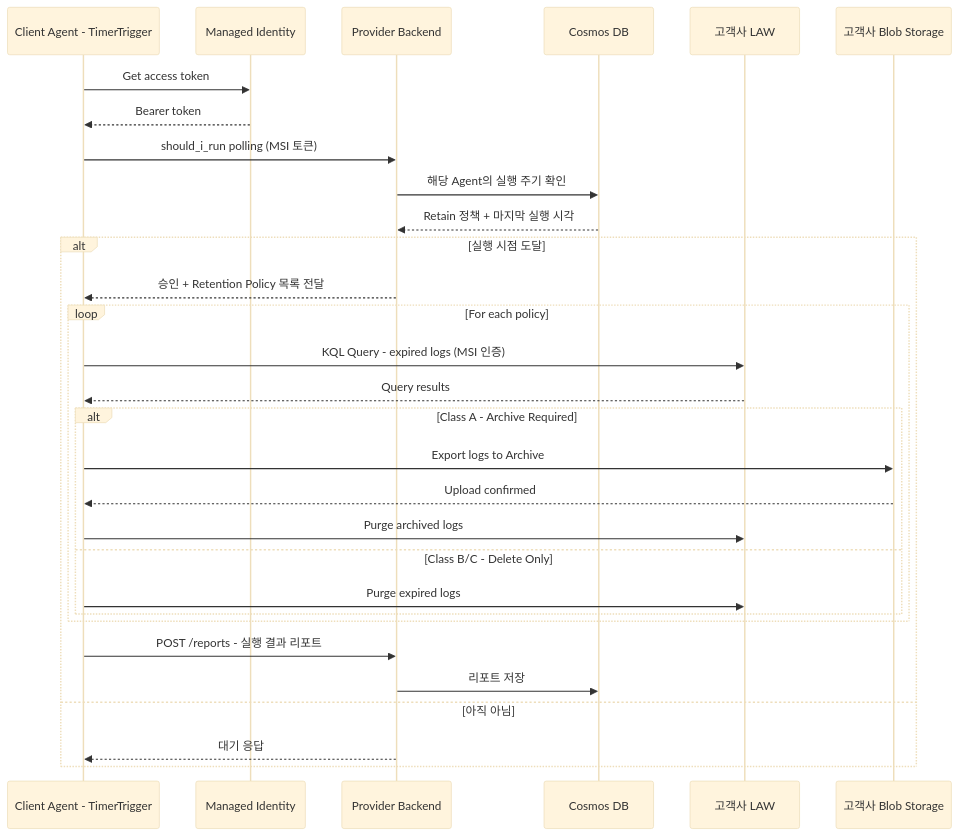
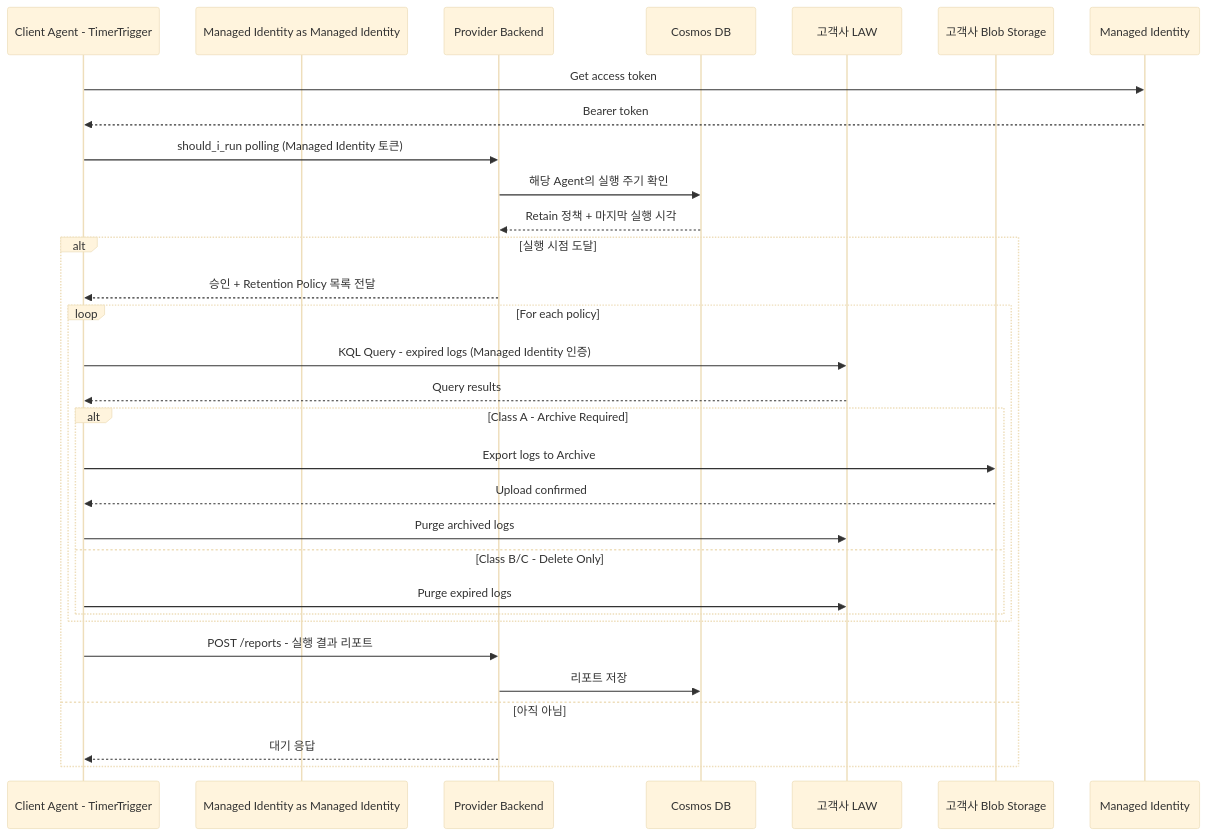
One commit to chjcmy/study changed the third of 30 diagrams in azure/projects/log-doctor-plan.md. Above: the diagram before and after it, drawn with Mermaid (base theme). The commit also changed other lines of this file and 2 other files, not shown here.

````diff
--- a/azure/projects/log-doctor-plan.md
+++ b/azure/projects/log-doctor-plan.md
@@ -92,38 +92,38 @@
 ```mermaid
 sequenceDiagram
     participant Agent as Client Agent - TimerTrigger
-    participant MSI as Managed Identity
+    participant Managed Identity as Managed Identity
     participant PB as Provider Backend
     participant DB as Cosmos DB
     participant LAW as 고객사 LAW
     participant Blob as 고객사 Blob Storage
 
-    Agent->>MSI: Get access token
-    MSI-->>Agent: Bearer token
+    Agent->>Managed Identity: Get access token
+    Managed Identity-->>Agent: Bearer token
 
-    Agent->>PB: should_i_run polling (MSI 토큰)
+    Agent->>PB: should_i_run polling (Managed Identity 토큰)
     PB->>DB: 해당 Agent의 실행 주기 확인
     DB-->>PB: Retain 정책 + 마지막 실행 시각
 
     alt 실행 시점 도달
         PB-->>Agent: 승인 + Retention Policy 목록 전달
         
         loop For each policy
-            Agent->>LAW: KQL Query - expired logs (MSI 인증)
+            Agent->>LAW: KQL Query - expired logs (Managed Identity 인증)
             LAW-->>Agent: Query results
 
             alt Class A - Archive Required
                 Agent->>Blob: Export logs to Archive
                 Blob-->>Agent: Upload confirmed
                 Agent->>LAW: Purge archived logs
             else Class B/C - Delete Only
                 Agent->>LAW: Purge expired logs
             end
         end
 
         Agent->>PB: POST /reports - 실행 결과 리포트
         PB->>DB: 리포트 저장
     else 아직 아님
         PB-->>Agent: 대기 응답
     end
 ```
````
